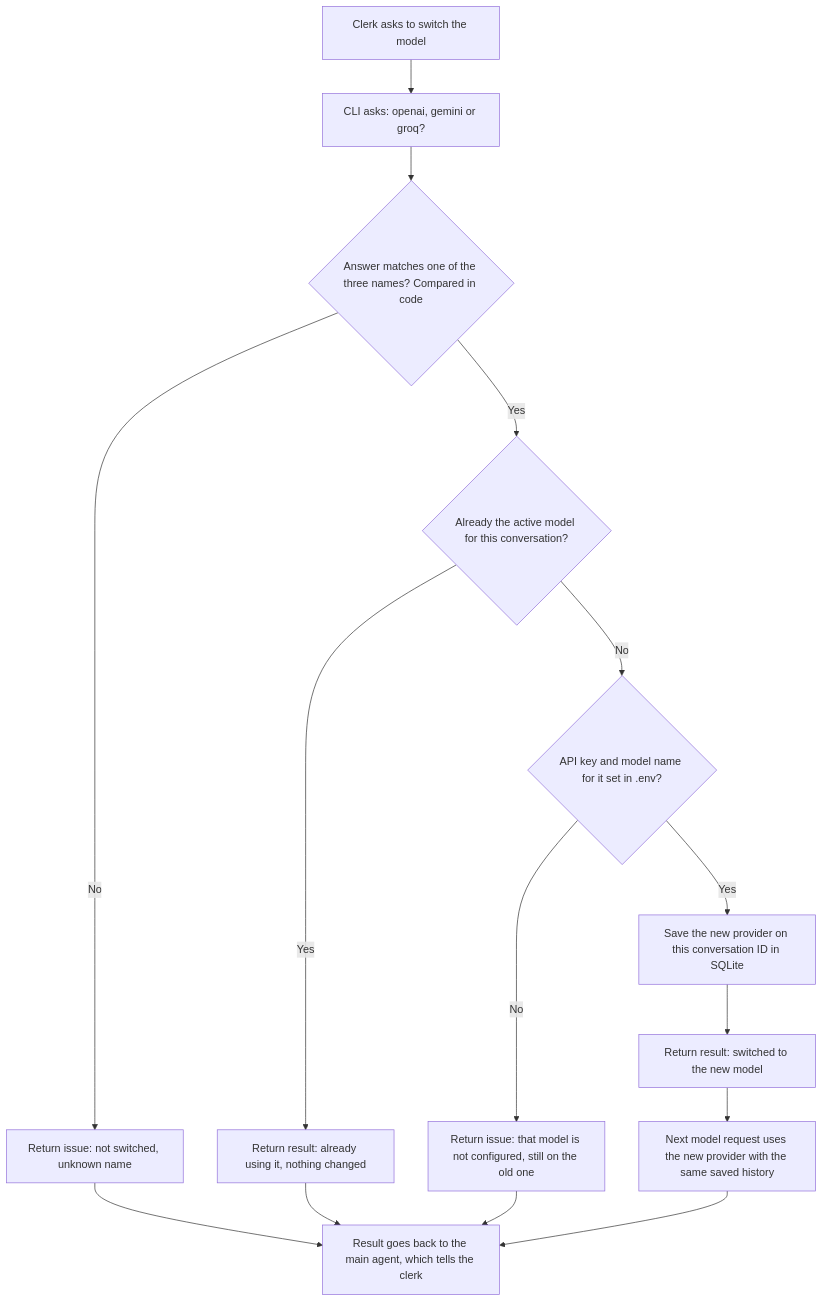
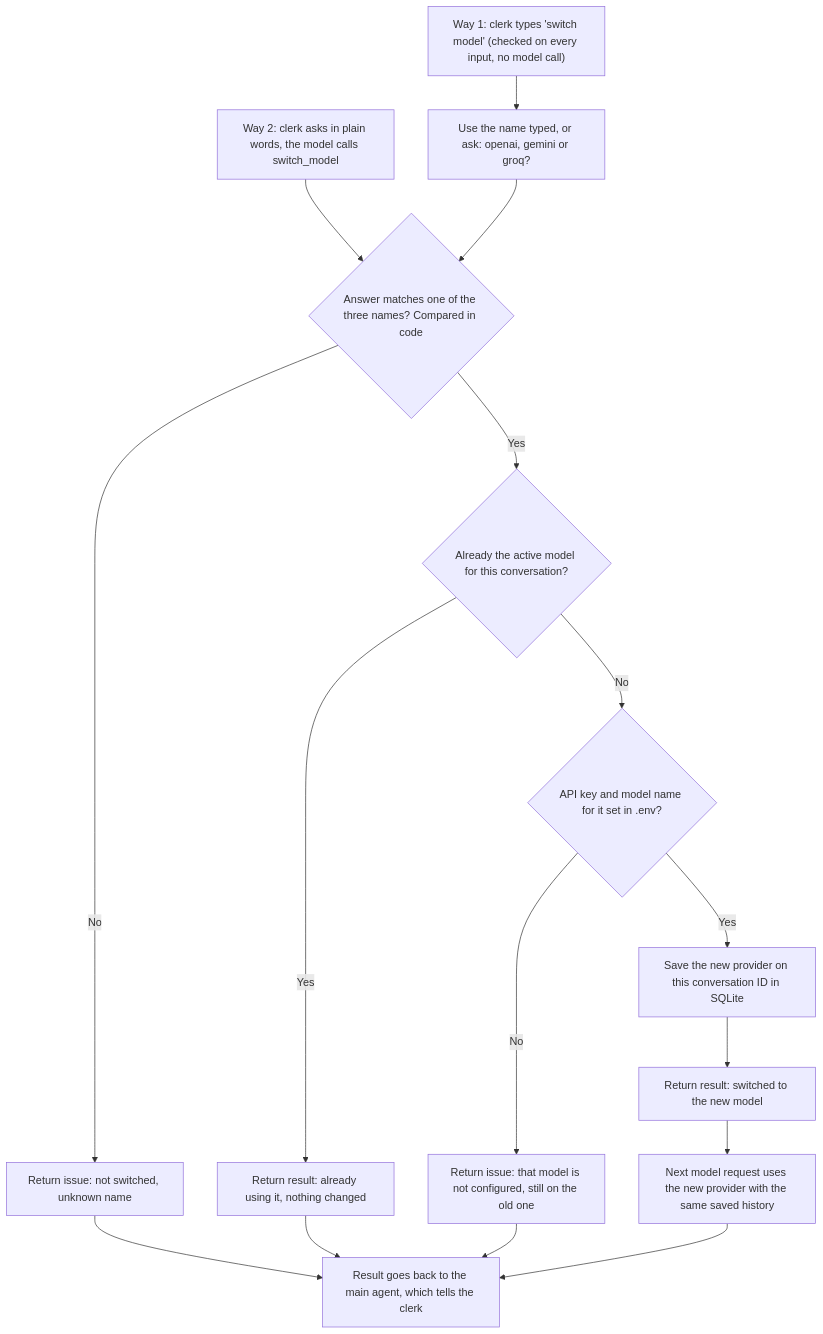
One commit to dixitbuild/fourX changed the fourth of 5 diagrams in FourX_Agent_Implementation_Plan.md. Above: the diagram before and after it, drawn with Mermaid. The commit also changed other lines of this file and 6 other files, not shown here.

Commit message:
fix(tool): switch model tool

````diff
--- a/FourX_Agent_Implementation_Plan.md
+++ b/FourX_Agent_Implementation_Plan.md
@@ -212,18 +186,19 @@
 ```mermaid
 flowchart TD
-    Ask["Clerk asks to switch the model"] --> Which["CLI asks: openai, gemini or groq?"]
+    Typed["Way 1: clerk types 'switch model' (checked on every input, no model call)"] --> Which["Use the name typed, or ask: openai, gemini or groq?"]
+    Said["Way 2: clerk asks in plain words, the model calls switch_model"] --> F1
     Which --> F1{"Answer matches one of the three names? Compared in code"}
     F1 -->|No| R1["Return issue: not switched, unknown name"]
     F1 -->|Yes| F2{"Already the active model for this conversation?"}
     F2 -->|Yes| R2["Return result: already using it, nothing changed"]
     F2 -->|No| F3{"API key and model name for it set in .env?"}
     F3 -->|No| R3["Return issue: that model is not configured, still on the old one"]
     F3 -->|Yes| Save["Save the new provider on this conversation ID in SQLite"]
     Save --> OK["Return result: switched to the new model"]
     OK --> Next["Next model request uses the new provider with the same saved history"]
 
     R1 --> Back
     R2 --> Back
     R3 --> Back
     Next --> Back["Result goes back to the main agent, which tells the clerk"]
 ```
````
